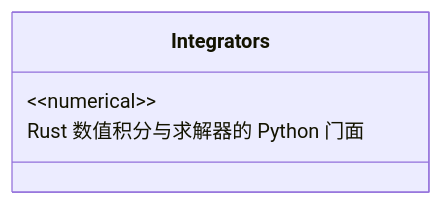
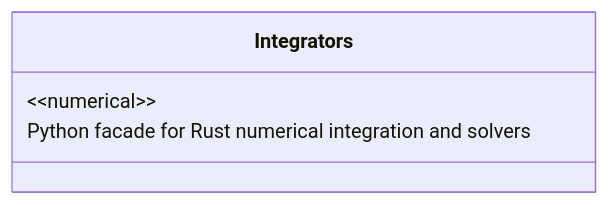
One commit to cislunarspace/e2m2e changed the diagram in docs/reference/mbse/generated/bdd-numerical.md. Above: the diagram before and after it, drawn with Mermaid. The commit also changed other lines of this file and 116 other files, not shown here.

````diff
--- a/docs/reference/mbse/generated/bdd-numerical.md
+++ b/docs/reference/mbse/generated/bdd-numerical.md
@@ -11,7 +11,7 @@
 ```mermaid
 classDiagram
     class Integrators {
         &lt;&lt;numerical&gt;&gt;
-        Rust 数值积分与求解器的 Python 门面
+        Python facade for Rust numerical integration and solvers
     }
 ```
````
